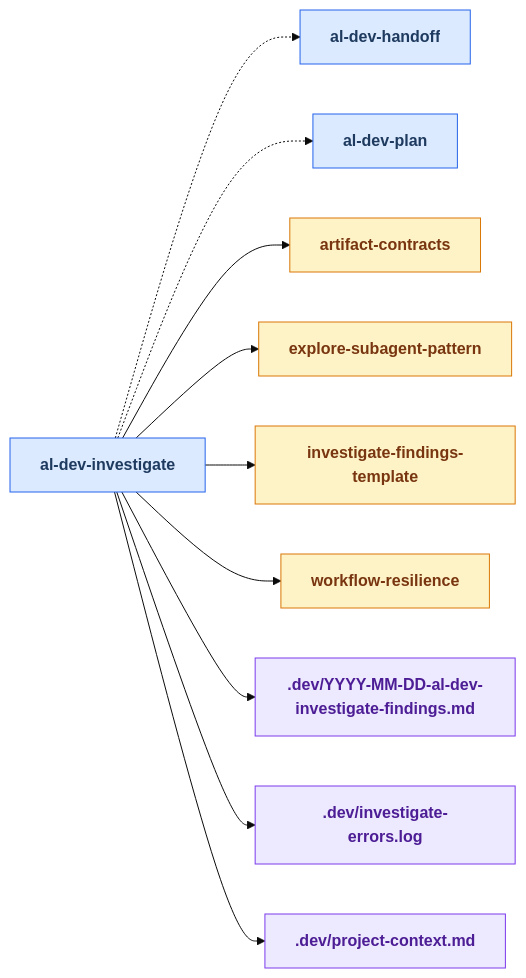
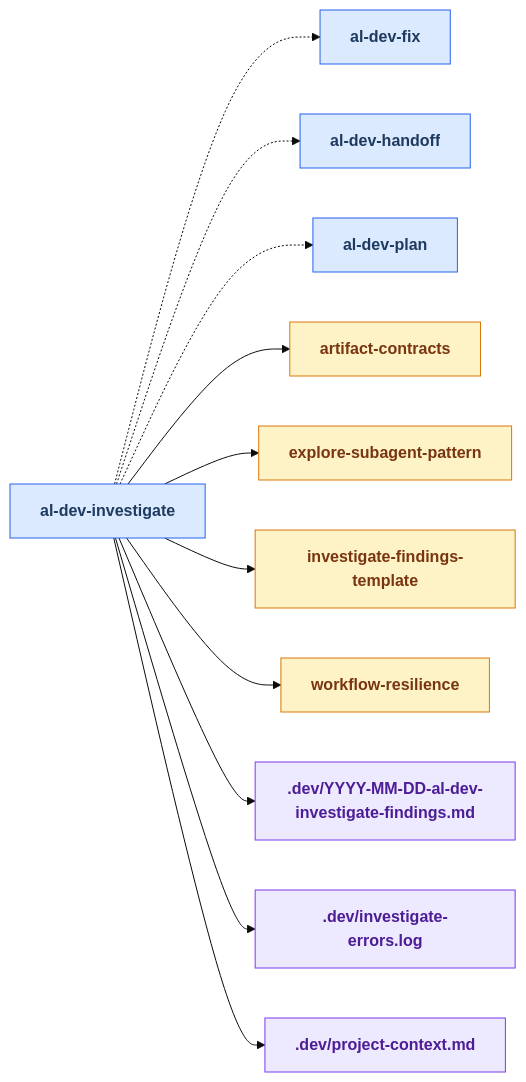
The fourth of 25 diagrams in docs/al-dev-skills-map.md (russell-laing/al-dev-shared), drawn with Mermaid (base theme) before and after one commit. The commit also changed other lines of this file and 3 other files, not shown here.

````diff
--- a/docs/al-dev-skills-map.md
+++ b/docs/al-dev-skills-map.md
@@ -208,40 +208,43 @@
 ```mermaid
 flowchart LR
     classDef skillNode fill:#dbeafe,stroke:#2563eb,color:#1e3a5f,font-weight:bold
     classDef agentNode fill:#d1fae5,stroke:#059669,color:#064e3b,font-weight:bold
     classDef knowledgeNode fill:#fef3c7,stroke:#d97706,color:#78350f,font-weight:bold
     classDef artifactNode fill:#ede9fe,stroke:#7c3aed,color:#4c1d95,font-weight:bold
     classDef phaseNode fill:#e0e7ff,stroke:#6366f1,color:#312e81,font-weight:bold
 
     skill_al_dev_investigate[al-dev-investigate]
+    skill_al_dev_fix[al-dev-fix]
     skill_al_dev_handoff[al-dev-handoff]
     skill_al_dev_plan[al-dev-plan]
     knowledge_artifact_contracts_md[artifact-contracts]
     knowledge_explore_subagent_pattern_md[explore-subagent-pattern]
     knowledge_investigate_findings_template_md[investigate-findings-template]
     knowledge_workflow_resilience_md[workflow-resilience]
     artifact_YYYY_MM_DD_al_dev_investigate_findings_md[.dev/YYYY-MM-DD-al-dev-investigate-findings.md]
     artifact_investigate_errors_log[.dev/investigate-errors.log]
     artifact_project_context_md[.dev/project-context.md]
 
+    skill_al_dev_investigate -.-> skill_al_dev_fix
     skill_al_dev_investigate -.-> skill_al_dev_handoff
     skill_al_dev_investigate -.-> skill_al_dev_plan
     skill_al_dev_investigate --> knowledge_artifact_contracts_md
     skill_al_dev_investigate --> knowledge_explore_subagent_pattern_md
     skill_al_dev_investigate --> knowledge_investigate_findings_template_md
     skill_al_dev_investigate --> knowledge_workflow_resilience_md
     skill_al_dev_investigate --> artifact_YYYY_MM_DD_al_dev_investigate_findings_md
     skill_al_dev_investigate --> artifact_investigate_errors_log
     skill_al_dev_investigate --> artifact_project_context_md
 
     class skill_al_dev_investigate skillNode
+    class skill_al_dev_fix skillNode
     class skill_al_dev_handoff skillNode
     class skill_al_dev_plan skillNode
     class knowledge_artifact_contracts_md knowledgeNode
     class knowledge_explore_subagent_pattern_md knowledgeNode
     class knowledge_investigate_findings_template_md knowledgeNode
     class knowledge_workflow_resilience_md knowledgeNode
     class artifact_YYYY_MM_DD_al_dev_investigate_findings_md artifactNode
     class artifact_investigate_errors_log artifactNode
     class artifact_project_context_md artifactNode
 ```
````
